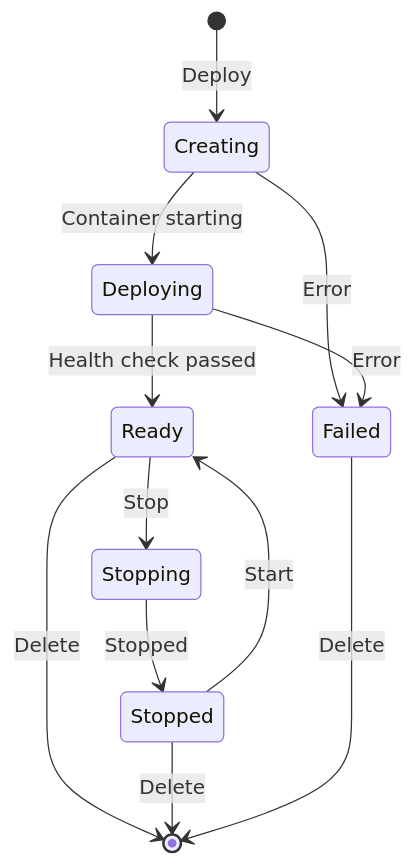
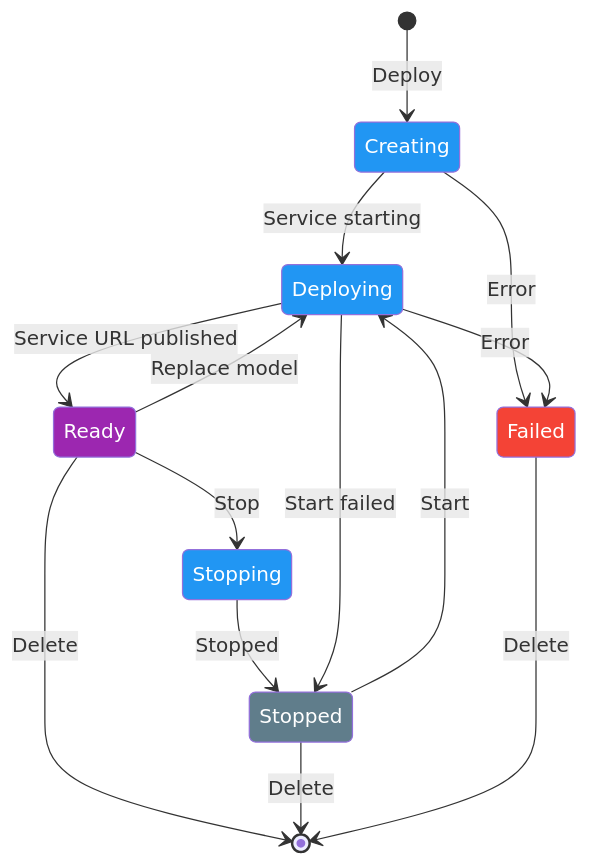
The first of 2 diagrams in ultralytics/docs/en/platform/deploy/endpoints.md (KATe-AGI/Embodied_VG), drawn with Mermaid before and after one commit. The commit also changed other lines of this file and 980 other files, not shown here.

````diff
--- a/ultralytics/docs/en/platform/deploy/endpoints.md
+++ b/ultralytics/docs/en/platform/deploy/endpoints.md
@@ -40,14 +42,25 @@
 ```mermaid
 stateDiagram-v2
     [*] --> Creating: Deploy
-    Creating --> Deploying: Container starting
-    Deploying --> Ready: Health check passed
+    Creating --> Deploying: Service starting
+    Deploying --> Ready: Service URL published
     Ready --> Stopping: Stop
+    Ready --> Deploying: Replace model
     Stopping --> Stopped: Stopped
-    Stopped --> Ready: Start
+    Stopped --> Deploying: Start
+    Deploying --> Stopped: Start failed
     Ready --> [*]: Delete
     Stopped --> [*]: Delete
     Creating --> Failed: Error
     Deploying --> Failed: Error
     Failed --> [*]: Delete
+
+    classDef proc fill:#2196F3,color:#fff
+    classDef out fill:#9C27B0,color:#fff
+    classDef error fill:#F44336,color:#fff
+    classDef extern fill:#607D8B,color:#fff
+    class Creating,Deploying,Stopping proc
+    class Ready out
+    class Failed error
+    class Stopped extern
 ```
````
